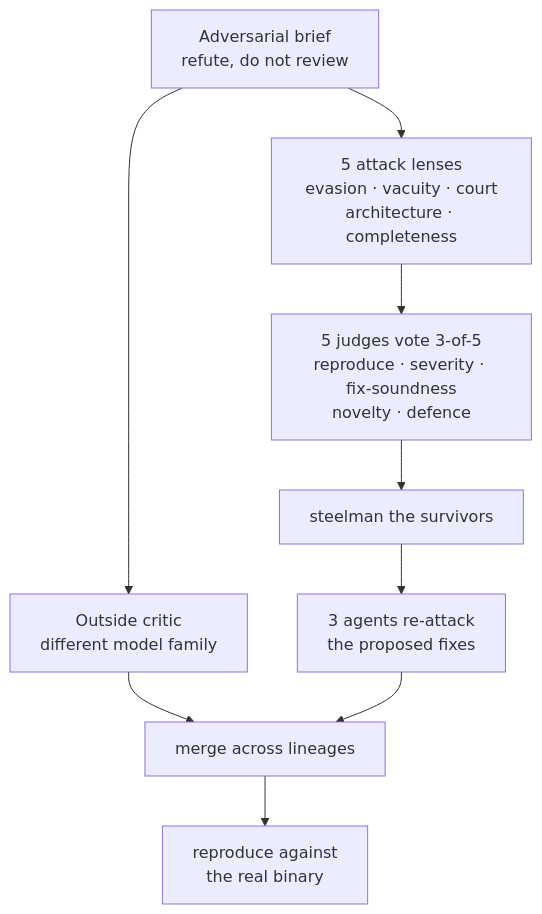
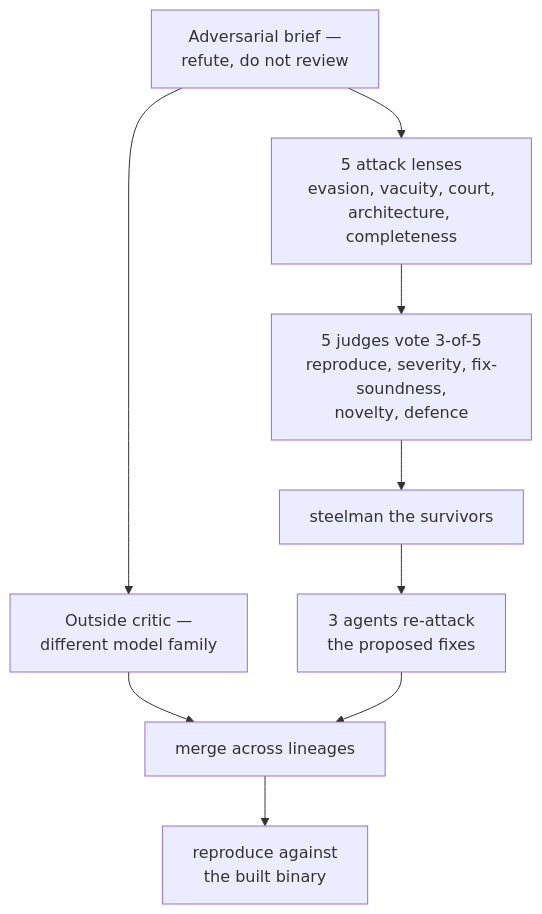
The seventh of 7 diagrams in docs/architecture.md (SecurityRonin/peira), drawn with Mermaid before and after one commit. The commit also changed other lines of this file and 4 other files, not shown here.

````diff
--- a/docs/architecture.md
+++ b/docs/architecture.md
@@ -176,12 +331,12 @@
 ```mermaid
 flowchart TB
-    B["Adversarial brief<br/>refute, do not review"]
-    B --> A["5 attack lenses<br/>evasion · vacuity · court<br/>architecture · completeness"]
-    B --> C["Outside critic<br/>different model family"]
-    A --> J["5 judges vote 3-of-5<br/>reproduce · severity · fix-soundness<br/>novelty · defence"]
+    B["Adversarial brief —<br/>refute, do not review"]
+    B --> A["5 attack lenses<br/>evasion, vacuity, court,<br/>architecture, completeness"]
+    B --> C["Outside critic —<br/>different model family"]
+    A --> J["5 judges vote 3-of-5<br/>reproduce, severity, fix-soundness,<br/>novelty, defence"]
     J --> S["steelman the survivors"]
     S --> RA["3 agents re-attack<br/>the proposed fixes"]
     C --> M["merge across lineages"]
     RA --> M
-    M --> RE["reproduce against<br/>the real binary"]
+    M --> RE["reproduce against<br/>the built binary"]
 ```
````
